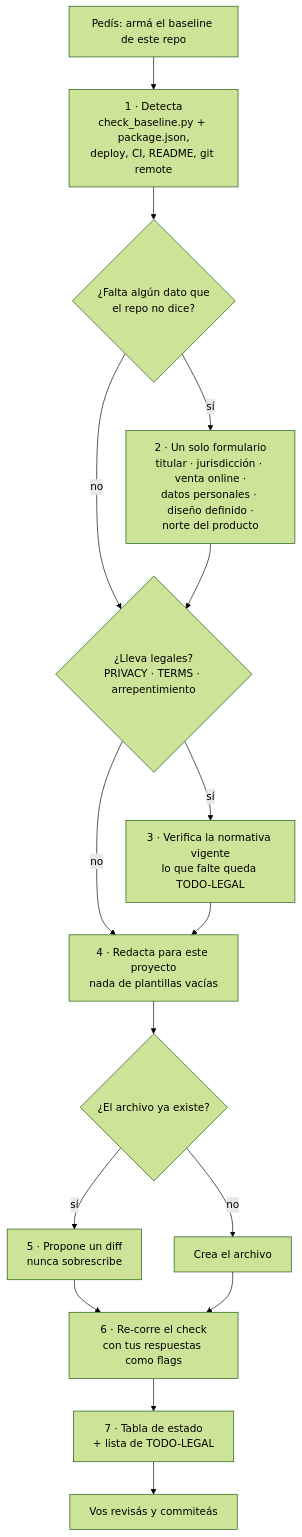
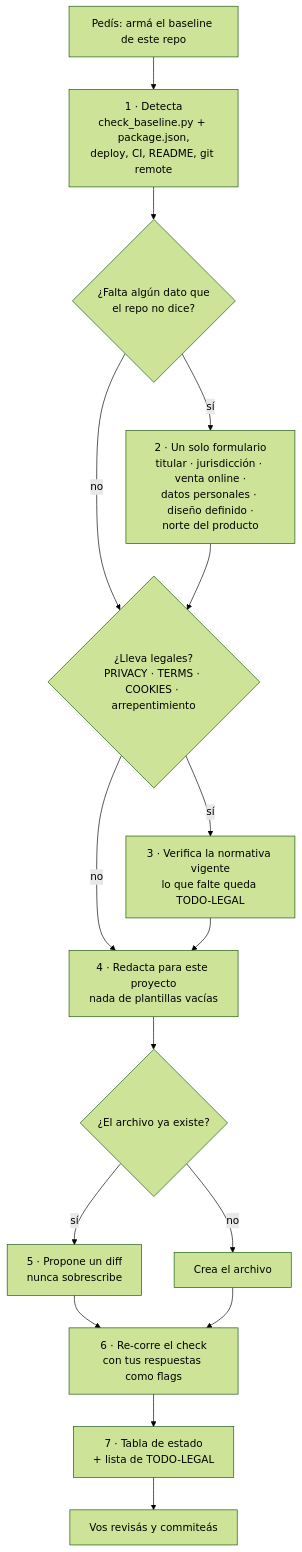
One commit to PapiScholz/repo-baseline changed the diagram in README.md. Above: the diagram before and after it, drawn with Mermaid (forest theme). The commit also changed other lines of this file and 2 other files, not shown here.

First line of the commit message:
feat: cookies y rastreo según la plataforma (web, móvil, escritorio, CLI)

````diff
--- a/README.md
+++ b/README.md
@@ -46,18 +48,18 @@
 ```mermaid
 flowchart TD
     U["Pedís: armá el baseline de este repo"] --> D["1 · Detecta<br/>check_baseline.py + package.json,<br/>deploy, CI, README, git remote"]
     D --> Q{"¿Falta algún dato que<br/>el repo no dice?"}
     Q -->|sí| F["2 · Un solo formulario<br/>titular · jurisdicción · venta online ·<br/>datos personales · diseño definido ·<br/>norte del producto"]
     Q -->|no| L
-    F --> L{"¿Lleva legales?<br/>PRIVACY · TERMS · arrepentimiento"}
+    F --> L{"¿Lleva legales?<br/>PRIVACY · TERMS · COOKIES · arrepentimiento"}
     L -->|sí| N["3 · Verifica la normativa vigente<br/>lo que falte queda TODO-LEGAL"]
     L -->|no| W
     N --> W["4 · Redacta para este proyecto<br/>nada de plantillas vacías"]
     W --> X{"¿El archivo ya existe?"}
     X -->|sí| DF["5 · Propone un diff<br/>nunca sobrescribe"]
     X -->|no| C["Crea el archivo"]
     DF --> V["6 · Re-corre el check<br/>con tus respuestas como flags"]
     C --> V
     V --> T["7 · Tabla de estado<br/>+ lista de TODO-LEGAL"]
     T --> G["Vos revisás y commiteás"]
 ```
````
